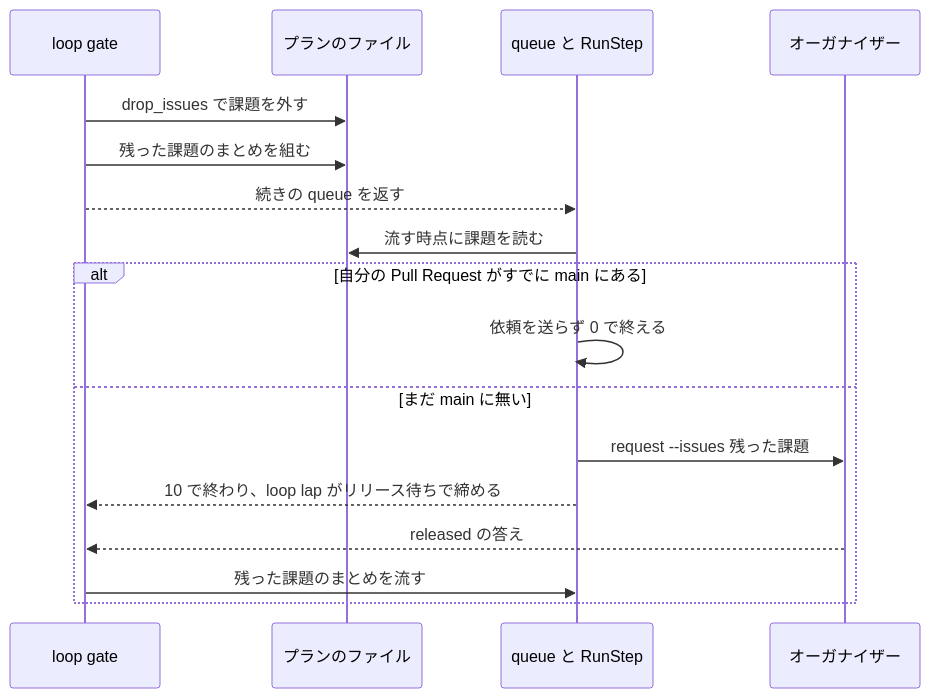
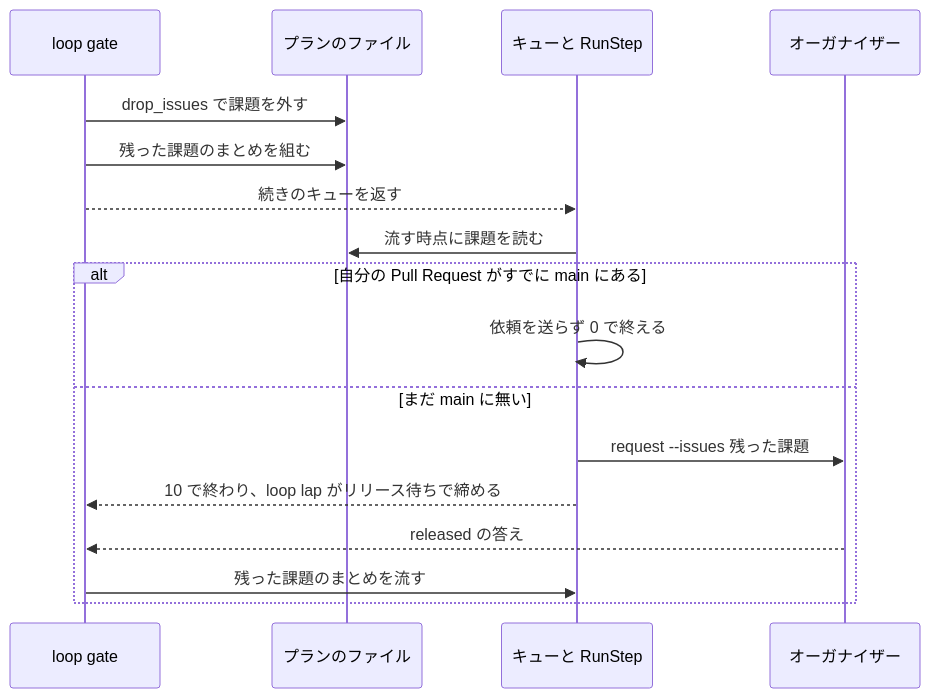
The second of 2 diagrams in issues/issue-2717-design.md (devbasex/ai-plugins), drawn with Mermaid before and after one commit. The commit also changed other lines of this file, not shown here.

````diff
--- a/issues/issue-2717-design.md
+++ b/issues/issue-2717-design.md
@@ -138,19 +209,19 @@
 ```mermaid
 sequenceDiagram
     participant G as loop gate
     participant P as プランのファイル
-    participant Q as queue と RunStep
+    participant Q as キューと RunStep
     participant O as オーガナイザー
     G->>P: drop_issues で課題を外す
     G->>P: 残った課題のまとめを組む
-    G-->>Q: 続きの queue を返す
+    G-->>Q: 続きのキューを返す
     Q->>P: 流す時点に課題を読む
     alt 自分の Pull Request がすでに main にある
         Q->>Q: 依頼を送らず 0 で終える
     else まだ main に無い
         Q->>O: request --issues 残った課題
         Q-->>G: 10 で終わり、loop lap がリリース待ちで締める
         O-->>G: released の答え
         G->>Q: 残った課題のまとめを流す
     end
 ```
````
